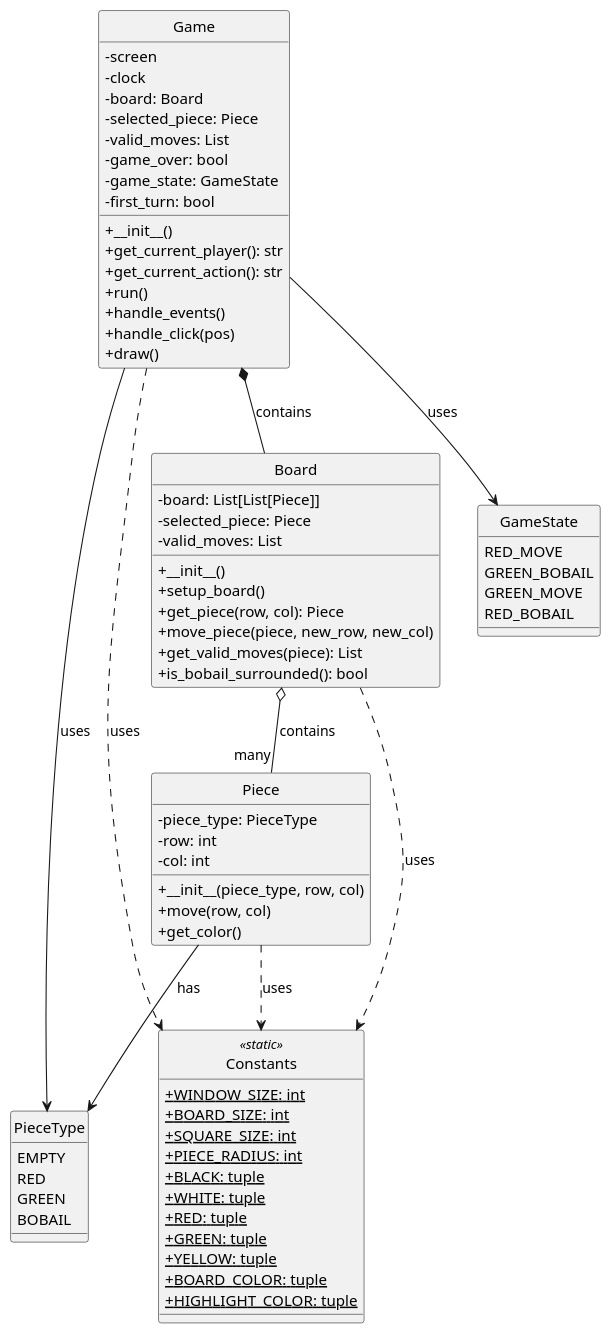
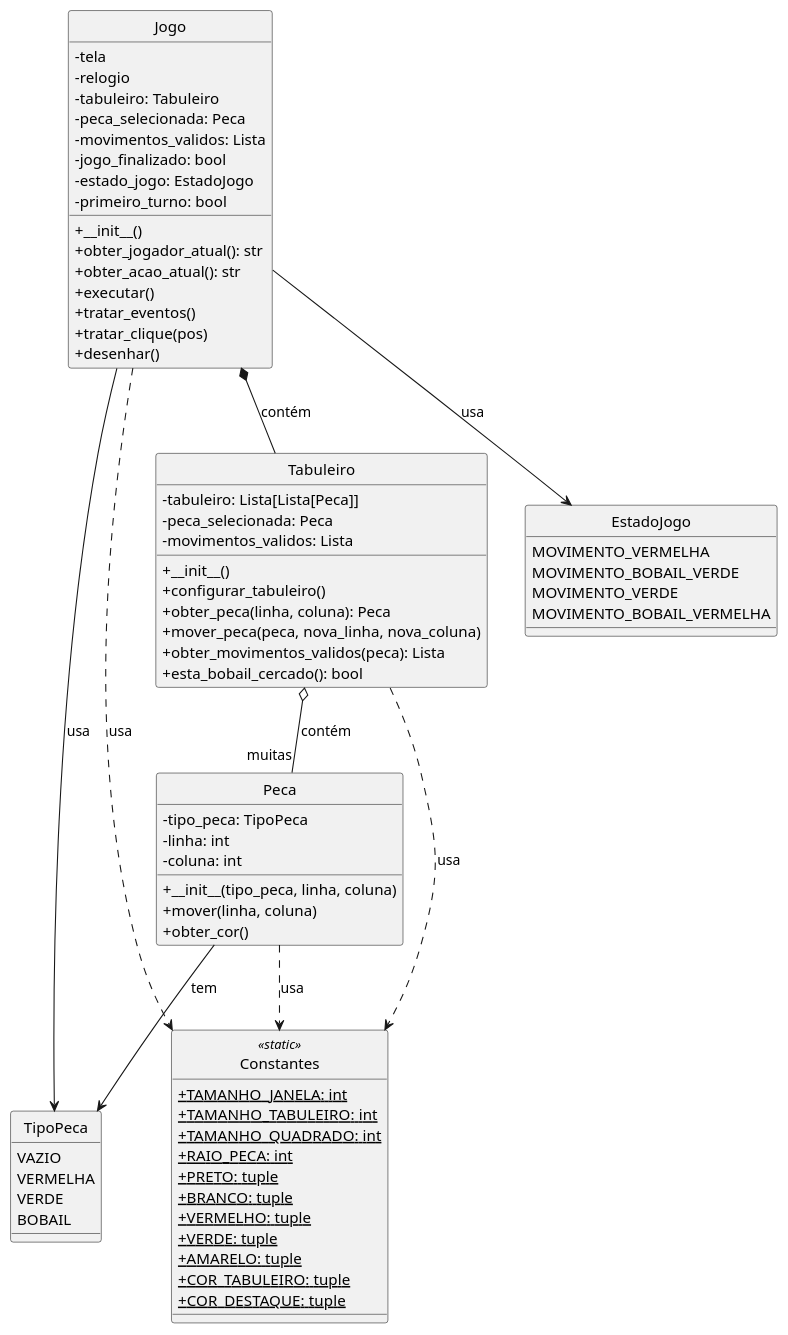
One commit to johnatanduarte/Bobail-Game changed the diagram in class_diagram.puml. Above: the diagram before and after it, drawn with PlantUML. The commit also changed other lines of this file, not shown here.

Commit message:
alterações

```diff
--- a/class_diagram.puml
+++ b/class_diagram.puml
@@ -1,84 +1,84 @@
-@startuml Bobail Game
+@startuml Jogo Bobail
 /'biblioteca plantuml'/
 /' para mostrar a imagem --> Alt + d'/
 
 skinparam classAttributeIconSize 0
 skinparam style strictuml
 
-class Game {
-    - screen
-    - clock
-    - board: Board
-    - selected_piece: Piece
-    - valid_moves: List
-    - game_over: bool
-    - game_state: GameState
-    - first_turn: bool
+class Jogo {
+    - tela
+    - relogio
+    - tabuleiro: Tabuleiro
+    - peca_selecionada: Peca
+    - movimentos_validos: Lista
+    - jogo_finalizado: bool
+    - estado_jogo: EstadoJogo
+    - primeiro_turno: bool
     + __init__()
-    + get_current_player(): str
-    + get_current_action(): str
-    + run()
-    + handle_events()
-    + handle_click(pos)
-    + draw()
+    + obter_jogador_atual(): str
+    + obter_acao_atual(): str
+    + executar()
+    + tratar_eventos()
+    + tratar_clique(pos)
+    + desenhar()
 }
 
-class Board {
-    - board: List[List[Piece]]
-    - selected_piece: Piece
-    - valid_moves: List
+class Tabuleiro {
+    - tabuleiro: Lista[Lista[Peca]]
+    - peca_selecionada: Peca
+    - movimentos_validos: Lista
     + __init__()
-    + setup_board()
-    + get_piece(row, col): Piece
-    + move_piece(piece, new_row, new_col)
-    + get_valid_moves(piece): List
-    + is_bobail_surrounded(): bool
+    + configurar_tabuleiro()
+    + obter_peca(linha, coluna): Peca
+    + mover_peca(peca, nova_linha, nova_coluna)
+    + obter_movimentos_validos(peca): Lista
+    + esta_bobail_cercado(): bool
 }
 
-class Piece {
-    - piece_type: PieceType
-    - row: int
-    - col: int
-    + __init__(piece_type, row, col)
-    + move(row, col)
-    + get_color()
+class Peca {
+    - tipo_peca: TipoPeca
+    - linha: int
+    - coluna: int
+    + __init__(tipo_peca, linha, coluna)
+    + mover(linha, coluna)
+    + obter_cor()
 }
 
-enum PieceType {
-    EMPTY
-    RED
-    GREEN
+enum TipoPeca {
+    VAZIO
+    VERMELHA
+    VERDE
     BOBAIL
 }
 
-enum GameState {
-    RED_MOVE
-    GREEN_BOBAIL
-    GREEN_MOVE
-    RED_BOBAIL
+enum EstadoJogo {
+    MOVIMENTO_VERMELHA
+    MOVIMENTO_BOBAIL_VERDE
+    MOVIMENTO_VERDE
+    MOVIMENTO_BOBAIL_VERMELHA
 }
 
-class Constants << (S,#FF7700) static >> {
-    + {static} WINDOW_SIZE: int
-    + {static} BOARD_SIZE: int
-    + {static} SQUARE_SIZE: int
-    + {static} PIECE_RADIUS: int
-    + {static} BLACK: tuple
-    + {static} WHITE: tuple
-    + {static} RED: tuple
-    + {static} GREEN: tuple
-    + {static} YELLOW: tuple
-    + {static} BOARD_COLOR: tuple
-    + {static} HIGHLIGHT_COLOR: tuple
+class Constantes << (S,#FF7700) static >> {
+    + {static} TAMANHO_JANELA: int
+    + {static} TAMANHO_TABULEIRO: int
+    + {static} TAMANHO_QUADRADO: int
+    + {static} RAIO_PECA: int
+    + {static} PRETO: tuple
+    + {static} BRANCO: tuple
+    + {static} VERMELHO: tuple
+    + {static} VERDE: tuple
+    + {static} AMARELO: tuple
+    + {static} COR_TABULEIRO: tuple
+    + {static} COR_DESTAQUE: tuple
 }
 
-Game *-- Board : contains
-Game --> GameState : uses
-Game --> PieceType : uses
-Board o-- "many" Piece : contains
-Piece --> PieceType : has
-Game ..> Constants : uses
-Board ..> Constants : uses
-Piece ..> Constants : uses
+Jogo *-- Tabuleiro : contém
+Jogo --> EstadoJogo : usa
+Jogo --> TipoPeca : usa
+Tabuleiro o-- "muitas" Peca : contém
+Peca --> TipoPeca : tem
+Jogo ..> Constantes : usa
+Tabuleiro ..> Constantes : usa
+Peca ..> Constantes : usa
 
 @enduml
```
